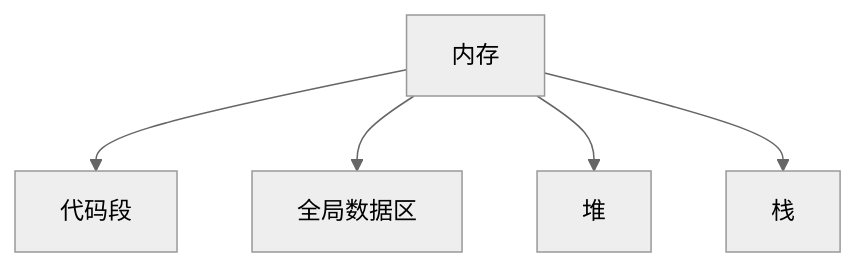
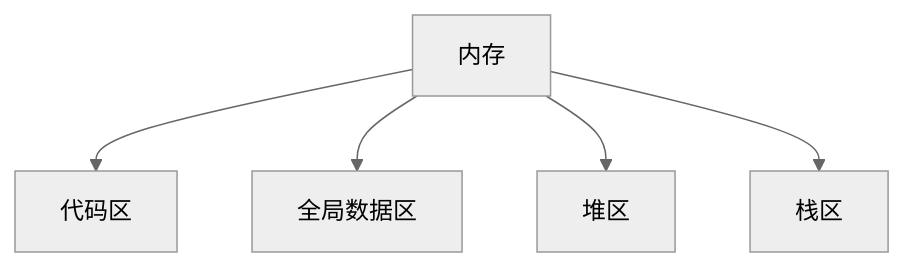
Before and after one commit to DaneJoe001/LearningNote: the seventh of 7 diagrams in C++开发体系笔记.md, drawn with Mermaid (neutral theme). The commit also changed other lines of this file and 1 other file, not shown here.

````diff
--- a/C++开发体系笔记.md
+++ b/C++开发体系笔记.md
@@ -865,8 +868,8 @@
 ```  mermaid
 graph TD
-A[内存]-->B[代码段]
+A[内存]-->B[代码区]
 A-->C[全局数据区]
-A-->D[堆]
-A-->E[栈]
+A-->D[堆区]
+A-->E[栈区]
 
 ```
````
